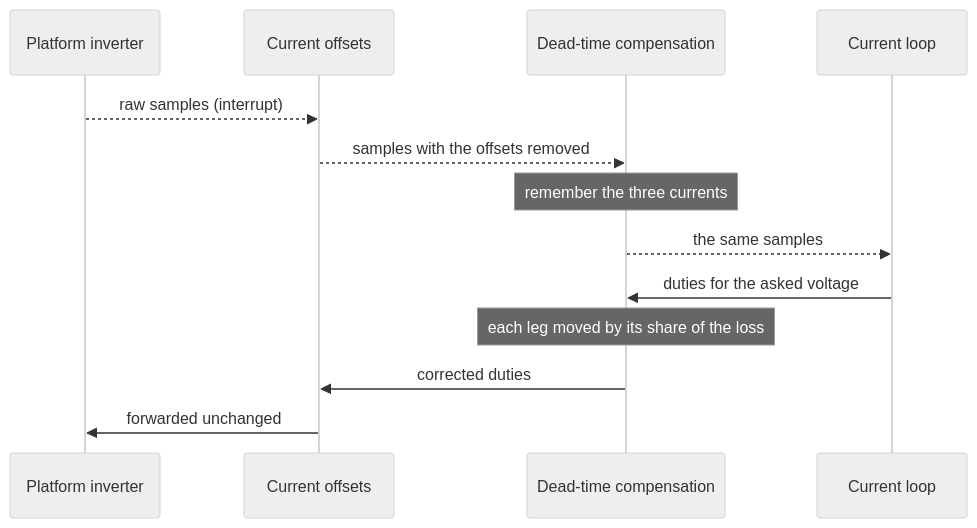
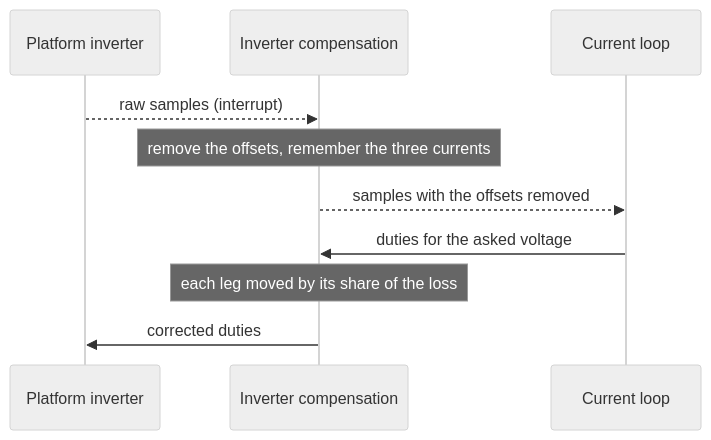
The diagram in documentation/design/service-dead-time-compensation.md (embedded-pro/e-foc), drawn with Mermaid (neutral theme) before and after one commit. The commit also changed other lines of this file and 25 other files, not shown here.

````diff
--- a/documentation/design/service-dead-time-compensation.md
+++ b/documentation/design/service-dead-time-compensation.md
@@ -128,16 +132,13 @@
 ```mermaid
 sequenceDiagram
     participant INV as Platform inverter
-    participant CO as Current offsets
-    participant DT as Dead-time compensation
+    participant IC as Inverter compensation
     participant CL as Current loop
 
-    INV-->>CO: raw samples (interrupt)
-    CO-->>DT: samples with the offsets removed
-    note over DT: remember the three currents
-    DT-->>CL: the same samples
-    CL->>DT: duties for the asked voltage
-    note over DT: each leg moved by its share of the loss
-    DT->>CO: corrected duties
-    CO->>INV: forwarded unchanged
+    INV-->>IC: raw samples (interrupt)
+    note over IC: remove the offsets, remember the three currents
+    IC-->>CL: samples with the offsets removed
+    CL->>IC: duties for the asked voltage
+    note over IC: each leg moved by its share of the loss
+    IC->>INV: corrected duties
 ```
````
